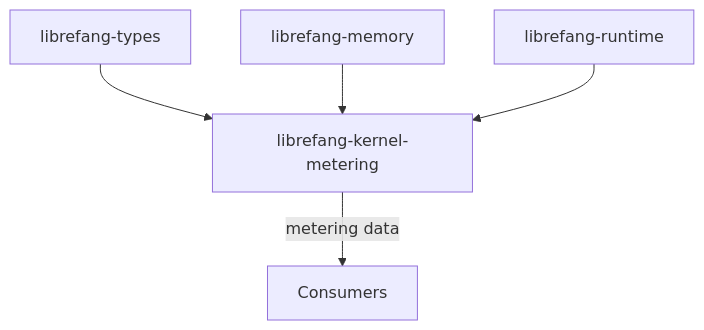
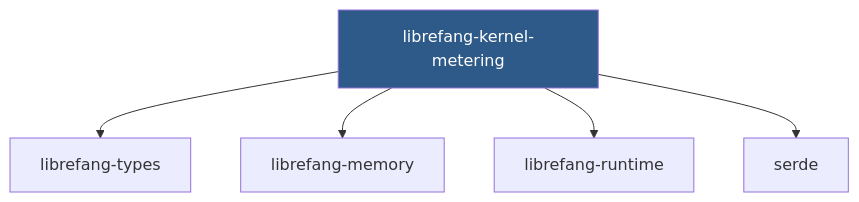
One commit to leszek3737/librefang-WIki changed the diagram in other-librefang-kernel-metering.md. Above: the diagram before and after it, drawn with Mermaid. The commit also changed other lines of this file and 100 other files, not shown here.

````diff
--- a/other-librefang-kernel-metering.md
+++ b/other-librefang-kernel-metering.md
@@ -24,7 +24,8 @@
 ```mermaid
 graph TD
-    A[librefang-types] --> D[librefang-kernel-metering]
-    B[librefang-memory] --> D
-    C[librefang-runtime] --> D
-    D -->|metering data| E[Consumers]
+    A[librefang-kernel-metering] --> B[librefang-types]
+    A --> C[librefang-memory]
+    A --> D[librefang-runtime]
+    A --> E[serde]
+    style A fill:#2d5a88,color:#fff
 ```
````
